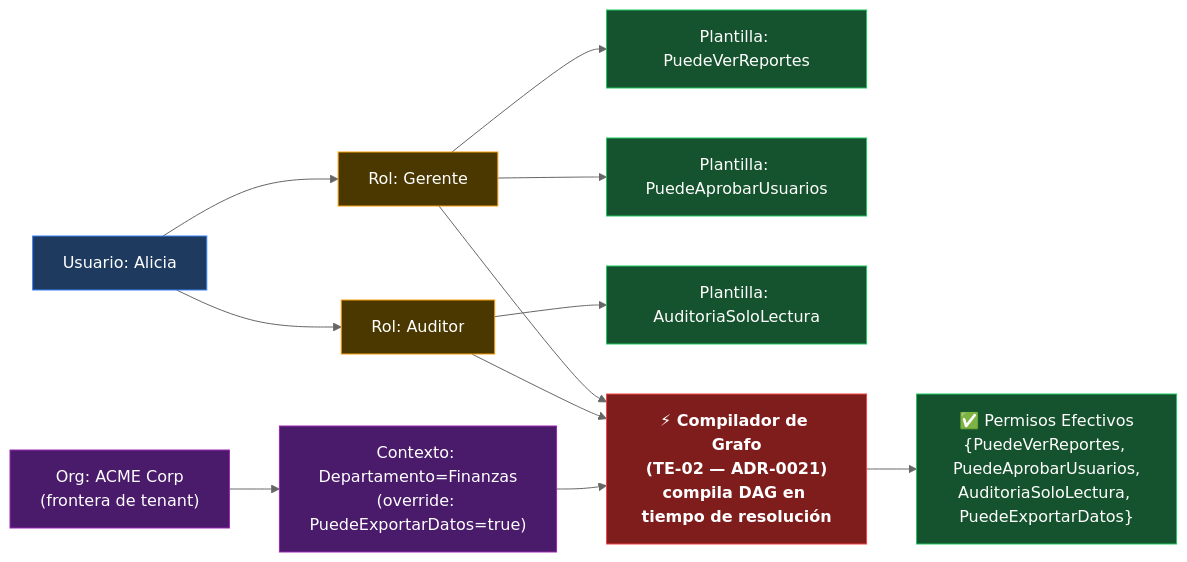
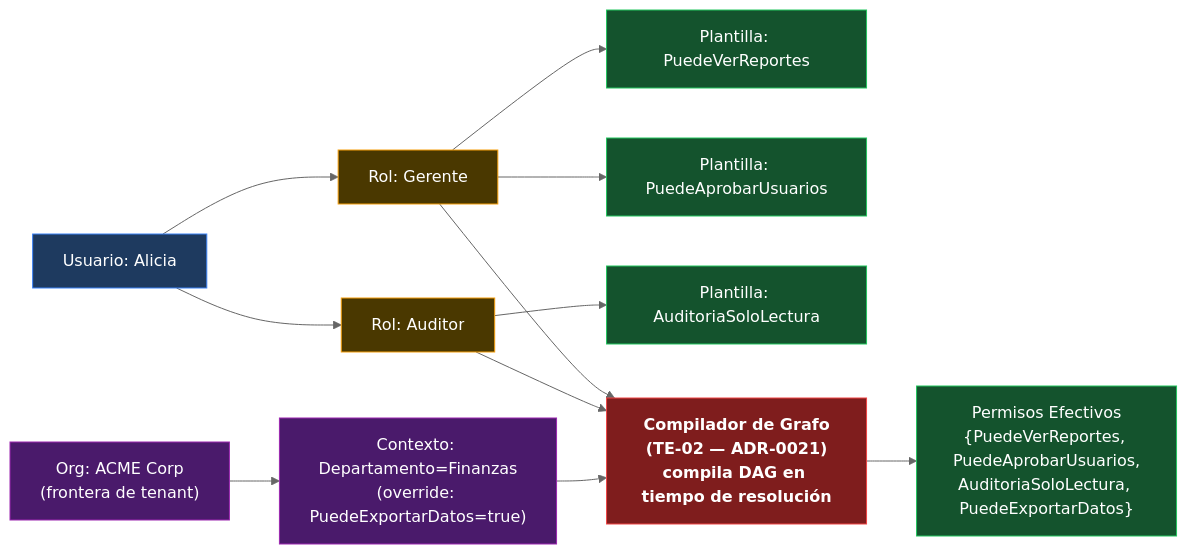
One commit to beyondnetcode/evolith_arch32 changed the fourth of 7 diagrams in reference/knowledge/demo/ums-technical-overview.es.md. Above: the diagram before and after it, drawn with Mermaid (neutral theme). The commit also changed other lines of this file and 41 other files, not shown here.

````diff
--- a/reference/knowledge/demo/ums-technical-overview.es.md
+++ b/reference/knowledge/demo/ums-technical-overview.es.md
@@ -158,26 +158,26 @@
 ```mermaid
 flowchart LR
     classDef user fill:#1e3a5f,stroke:#3b82f6,color:#fff
     classDef role fill:#4a3800,stroke:#f59e0b,color:#fff
     classDef template fill:#14532d,stroke:#22c55e,color:#fff
     classDef org fill:#4a1a6b,stroke:#9c27b0,color:#fff
     classDef result fill:#7f1d1d,stroke:#ef4444,color:#fff,font-weight:bold
 
     U["Usuario: Alicia"]:::user
     R1["Rol: Gerente"]:::role
     R2["Rol: Auditor"]:::role
     T1["Plantilla: PuedeVerReportes"]:::template
     T2["Plantilla: PuedeAprobarUsuarios"]:::template
     T3["Plantilla: AuditoriaSoloLectura"]:::template
     ORG["Org: ACME Corp\n(frontera de tenant)"]:::org
     OVERRIDE["Contexto: Departamento=Finanzas\n(override: PuedeExportarDatos=true)"]:::org
 
     U --> R1 & R2
     R1 --> T1 & T2
     R2 --> T3
     ORG --> OVERRIDE
 
-    COMPILER["⚡ Compilador de Grafo\n(TE-02 — ADR-0021)\ncompila DAG en tiempo de resolución"]:::result
+    COMPILER[" Compilador de Grafo\n(TE-02 — ADR-0021)\ncompila DAG en tiempo de resolución"]:::result
     R1 & R2 & OVERRIDE --> COMPILER
-    COMPILER --> EFFECTIVE["✅ Permisos Efectivos\n{PuedeVerReportes, PuedeAprobarUsuarios,\nAuditoriaSoloLectura, PuedeExportarDatos}"]:::template
+    COMPILER --> EFFECTIVE[" Permisos Efectivos\n{PuedeVerReportes, PuedeAprobarUsuarios,\nAuditoriaSoloLectura, PuedeExportarDatos}"]:::template
 ```
````
